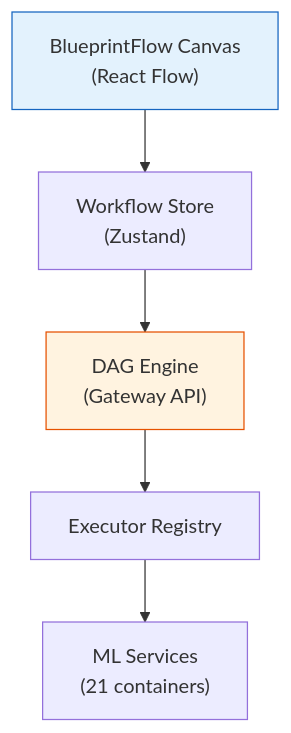
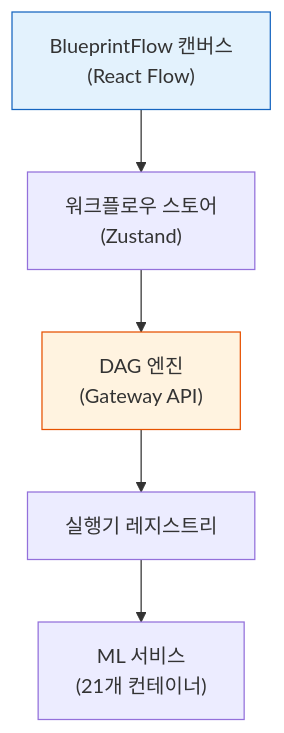
The second of 2 diagrams in docs-site/docs/blueprintflow/index.md (uprootai/AX_OCR), drawn with Mermaid before and after one commit. The commit also changed other lines of this file and 64 other files, not shown here.

````diff
--- a/docs-site/docs/blueprintflow/index.md
+++ b/docs-site/docs/blueprintflow/index.md
@@ -62,16 +62,16 @@
 ```mermaid
 flowchart TB
-    UI["BlueprintFlow Canvas\n(React Flow)"]
-    Store["Workflow Store\n(Zustand)"]
-    Exec["DAG Engine\n(Gateway API)"]
-    Reg["Executor Registry"]
-    APIs["ML Services\n(21 containers)"]
+    UI["BlueprintFlow 캔버스\n(React Flow)"]
+    Store["워크플로우 스토어\n(Zustand)"]
+    Exec["DAG 엔진\n(Gateway API)"]
+    Reg["실행기 레지스트리"]
+    APIs["ML 서비스\n(21개 컨테이너)"]
 
     UI --> Store
     Store --> Exec
     Exec --> Reg
     Reg --> APIs
 
     style UI fill:#e3f2fd,stroke:#1565c0
     style Exec fill:#fff3e0,stroke:#e65100
 ```
````
